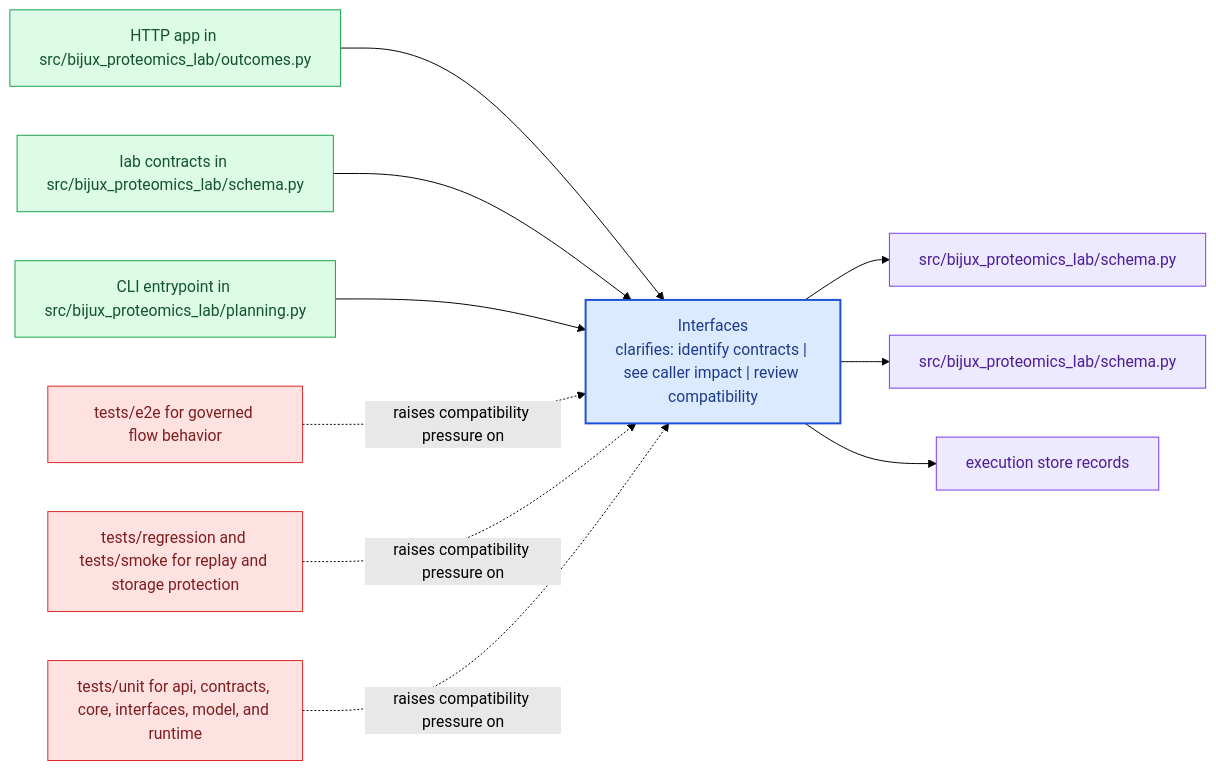
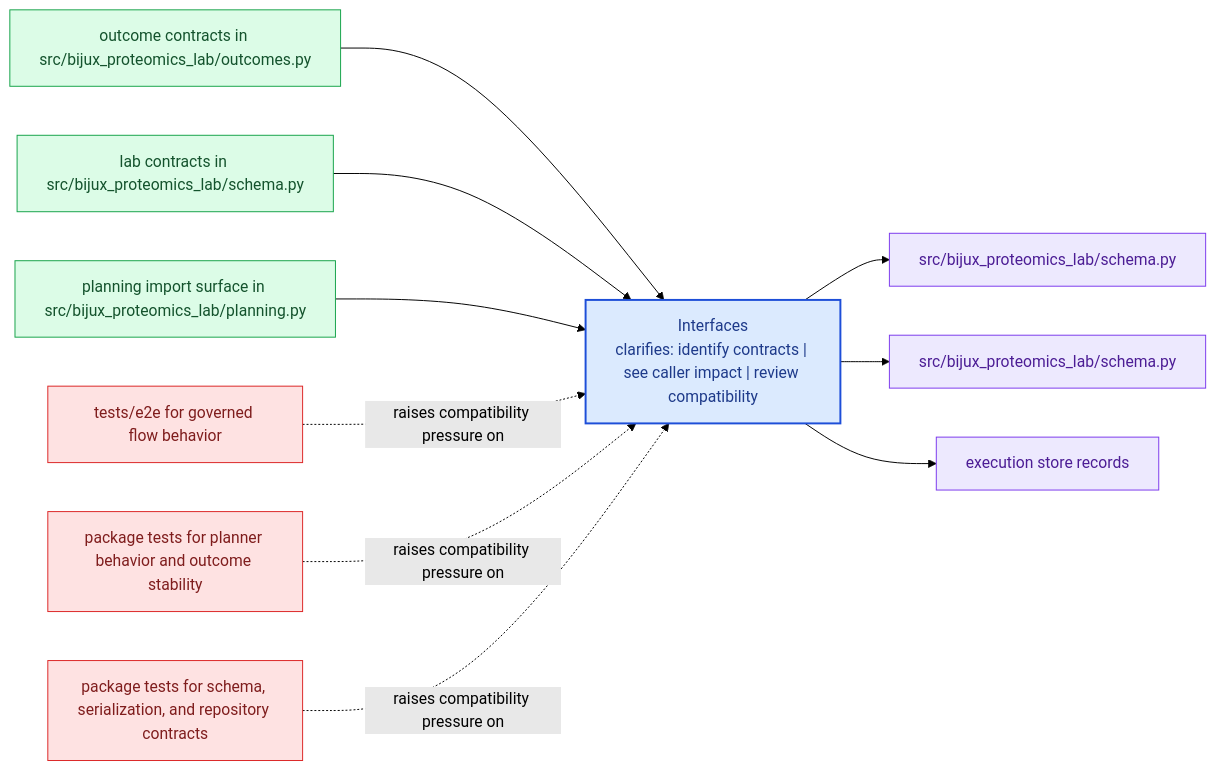
Before and after one commit to bijux/bijux-proteomics: the diagram in docs/bijux-proteomics-lab/interfaces/index.md, drawn with Mermaid (forest theme). The commit also changed other lines of this file, not shown here.

Commit message:
docs(lab-interfaces): replace fictional entrypoint claims with real contract surfaces

````diff
--- a/docs/bijux-proteomics-lab/interfaces/index.md
+++ b/docs/bijux-proteomics-lab/interfaces/index.md
@@ -20,31 +20,31 @@
 ```mermaid
 flowchart LR
     page["Interfaces<br/>clarifies: identify contracts | see caller impact | review compatibility"]
     classDef page fill:#dbeafe,stroke:#1d4ed8,color:#1e3a8a,stroke-width:2px;
     classDef positive fill:#dcfce7,stroke:#16a34a,color:#14532d;
     classDef caution fill:#fee2e2,stroke:#dc2626,color:#7f1d1d;
     classDef anchor fill:#ede9fe,stroke:#7c3aed,color:#4c1d95;
     classDef action fill:#fef3c7,stroke:#d97706,color:#7c2d12;
-    surface1["HTTP app in src/bijux_proteomics_lab/outcomes.py"]
+    surface1["outcome contracts in src/bijux_proteomics_lab/outcomes.py"]
     surface1 --> page
     surface2["lab contracts in src/bijux_proteomics_lab/schema.py"]
     surface2 --> page
-    surface3["CLI entrypoint in src/bijux_proteomics_lab/planning.py"]
+    surface3["planning import surface in src/bijux_proteomics_lab/planning.py"]
     surface3 --> page
     proof1["src/bijux_proteomics_lab/schema.py"]
     page --> proof1
     proof2["src/bijux_proteomics_lab/schema.py"]
     page --> proof2
     proof3["execution store records"]
     page --> proof3
     review1["tests/e2e for governed flow behavior"]
     review1 -.raises compatibility pressure on.-> page
-    review2["tests/regression and tests/smoke for replay and storage protection"]
+    review2["package tests for planner behavior and outcome stability"]
     review2 -.raises compatibility pressure on.-> page
-    review3["tests/unit for api, contracts, core, interfaces, model, and runtime"]
+    review3["package tests for schema, serialization, and repository contracts"]
     review3 -.raises compatibility pressure on.-> page
     class page page;
     class surface1,surface2,surface3 positive;
     class proof1,proof2,proof3 anchor;
     class review1,review2,review3 caution;
 ```
````
